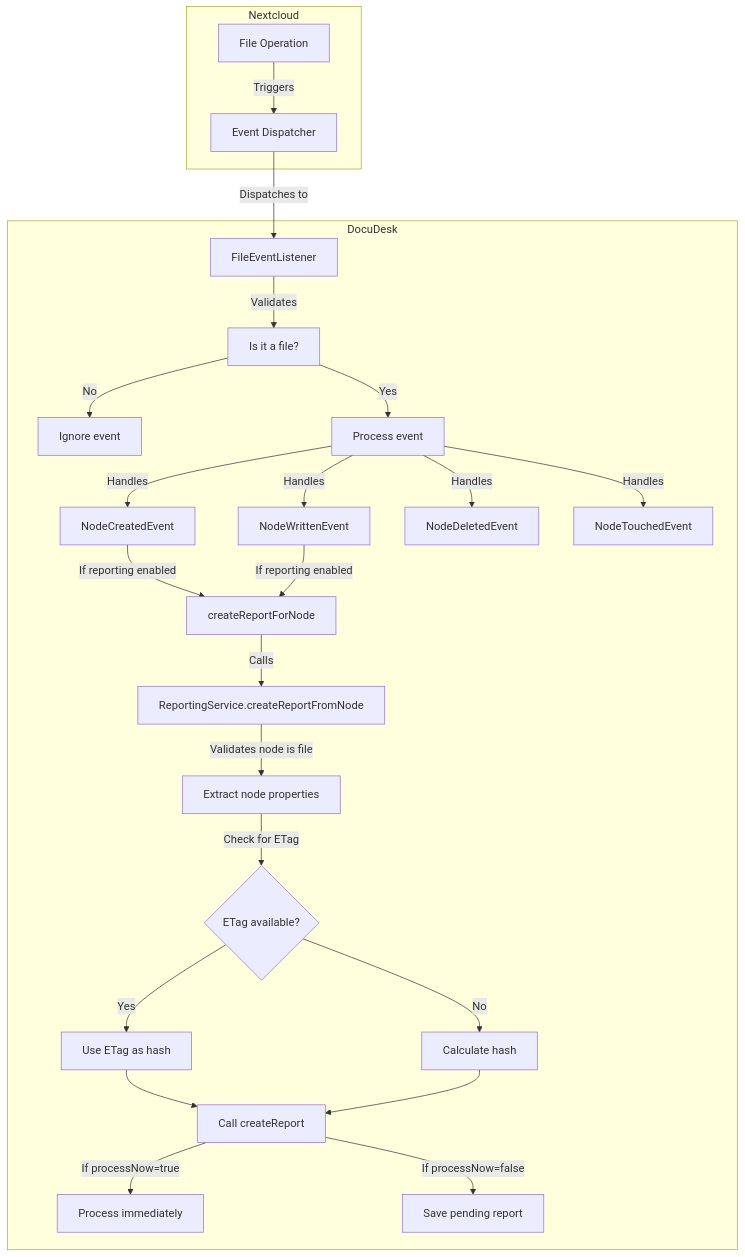
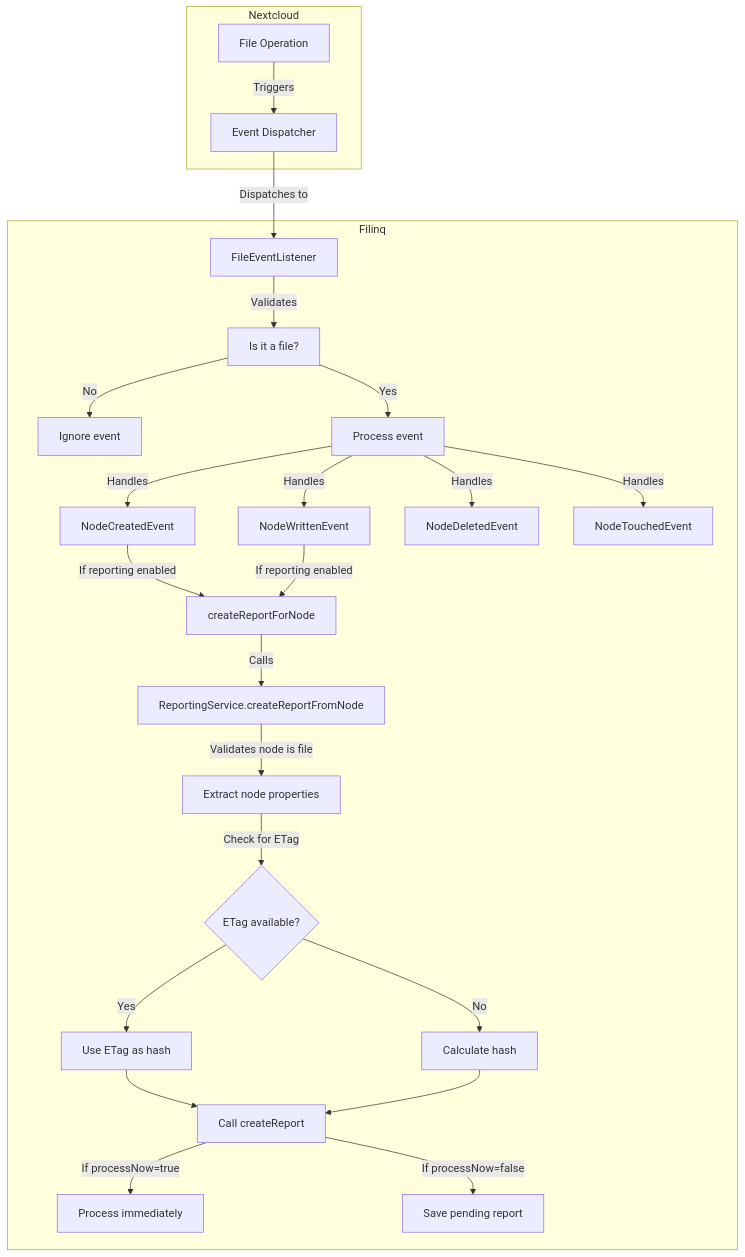
The seventh of 17 diagrams in docs/api/document-reports.md (ConductionNL/filinq), drawn with Mermaid before and after one commit. The commit also changed other lines of this file and 1117 other files, not shown here.

````diff
--- a/docs/api/document-reports.md
+++ b/docs/api/document-reports.md
@@ -648,36 +648,36 @@
 ```mermaid
 flowchart TD
     subgraph Nextcloud
         A[File Operation] -->|Triggers| B[Event Dispatcher]
     end
     
-    subgraph DocuDesk
+    subgraph Filinq
         B -->|Dispatches to| C[FileEventListener]
         
         C -->|Validates| D[Is it a file?]
         D -->|No| E[Ignore event]
         D -->|Yes| F[Process event]
         
         F -->|Handles| G[NodeCreatedEvent]
         F -->|Handles| H[NodeWrittenEvent]
         F -->|Handles| I[NodeDeletedEvent]
         F -->|Handles| J[NodeTouchedEvent]
         
         G -->|If reporting enabled| K[createReportForNode]
         H -->|If reporting enabled| K
         
         K -->|Calls| L[ReportingService.createReportFromNode]
         
         L -->|Validates node is file| M[Extract node properties]
         M -->|Check for ETag| N{ETag available?}
         
         N -->|Yes| O[Use ETag as hash]
         N -->|No| P[Calculate hash]
         
         O --> Q[Call createReport]
         P --> Q
         
         Q -->|If processNow=true| R[Process immediately]
         Q -->|If processNow=false| S[Save pending report]
     end
 ```
````
